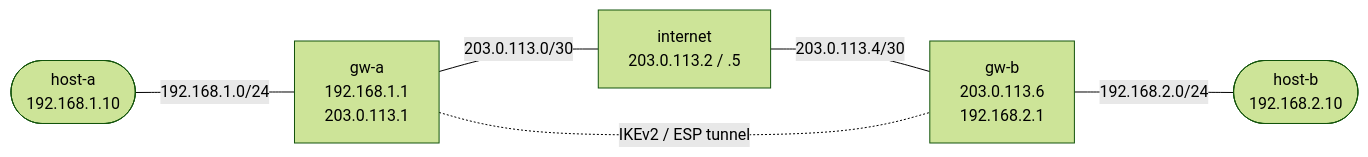
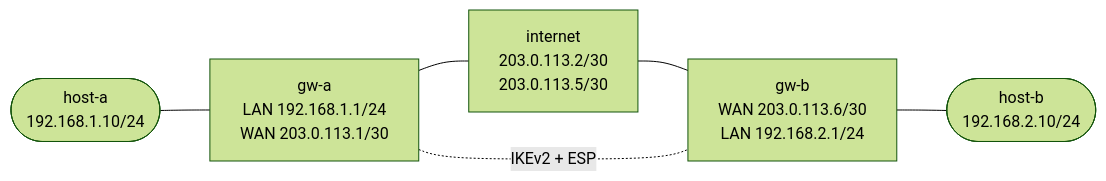
The diagram in labs/ipsec-basics/README.md (jschless/networkingLabs), drawn with Mermaid (forest theme) before and after one commit. The commit also changed other lines of this file and 147 other files, not shown here.

````diff
--- a/labs/ipsec-basics/README.md
+++ b/labs/ipsec-basics/README.md
@@ -11,15 +42,14 @@
 ```mermaid
 flowchart LR
-    ha(["host-a<br/>192.168.1.10"])
-    gwa["gw-a<br/>192.168.1.1<br/>203.0.113.1"]
-    inet["internet<br/>203.0.113.2 / .5"]
-    gwb["gw-b<br/>203.0.113.6<br/>192.168.2.1"]
-    hb(["host-b<br/>192.168.2.10"])
+    ha(["host-a<br/>192.168.1.10/24"])
+    gwa["gw-a<br/>LAN 192.168.1.1/24<br/>WAN 203.0.113.1/30"]
+    inet["internet<br/>203.0.113.2/30<br/>203.0.113.5/30"]
+    gwb["gw-b<br/>WAN 203.0.113.6/30<br/>LAN 192.168.2.1/24"]
+    hb(["host-b<br/>192.168.2.10/24"])
 
-    ha -- "192.168.1.0/24" --- gwa
-    gwa -- "203.0.113.0/30" --- inet
-    inet -- "203.0.113.4/30" --- gwb
-    gwb -- "192.168.2.0/24" --- hb
-
-    gwa -. "IKEv2 / ESP tunnel" .- gwb
+    ha --- gwa
+    gwa --- inet
+    inet --- gwb
+    gwb --- hb
+    gwa -. "IKEv2 + ESP" .- gwb
 ```
````
